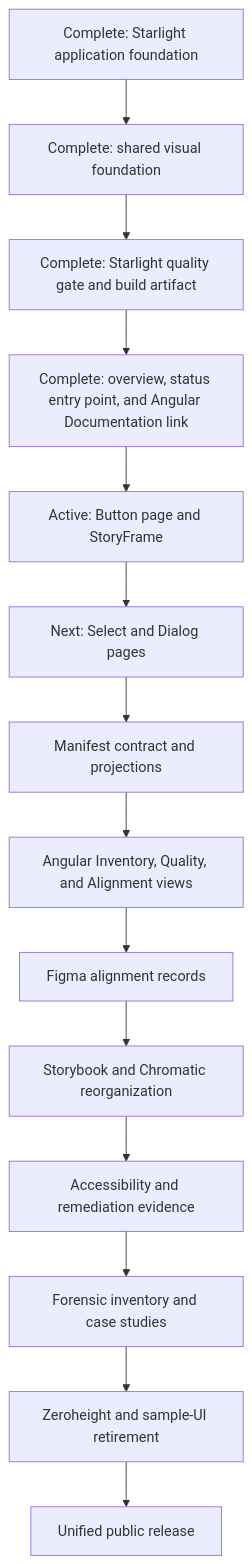
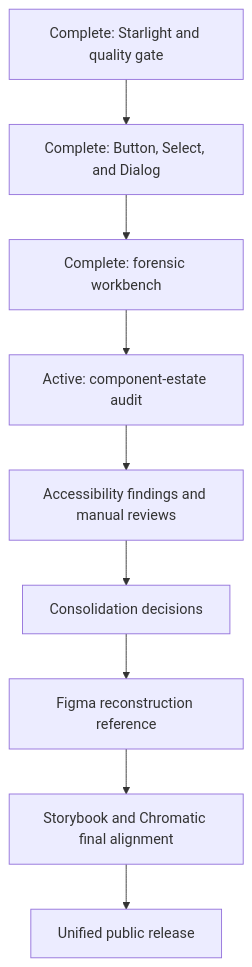
The second of 2 diagrams in docs/documentation-upgrade/README.md (JeffreySanford/public-sector-federation), drawn with Mermaid before and after one commit. The commit also changed other lines of this file and 12 other files, not shown here.

First line of the commit message:
Realign design-system documentation around audit and consolidation (#22)

````diff
--- a/docs/documentation-upgrade/README.md
+++ b/docs/documentation-upgrade/README.md
@@ -86,16 +89,11 @@
 ```mermaid
 flowchart TD
-  A[Complete: Starlight application foundation] --> B[Complete: shared visual foundation]
-  B --> C[Complete: Starlight quality gate and build artifact]
-  C --> D[Complete: overview, status entry point, and Angular Documentation link]
-  D --> E[Active: Button page and StoryFrame]
-  E --> F[Next: Select and Dialog pages]
-  F --> G[Manifest contract and projections]
-  G --> H[Angular Inventory, Quality, and Alignment views]
-  H --> I[Figma alignment records]
-  I --> J[Storybook and Chromatic reorganization]
-  J --> K[Accessibility and remediation evidence]
-  K --> L[Forensic inventory and case studies]
-  L --> M[Zeroheight and sample-UI retirement]
-  M --> N[Unified public release]
+  A[Complete: Starlight and quality gate] --> B[Complete: Button, Select, and Dialog]
+  B --> C[Complete: forensic workbench]
+  C --> D[Active: component-estate audit]
+  D --> E[Accessibility findings and manual reviews]
+  E --> F[Consolidation decisions]
+  F --> G[Figma reconstruction reference]
+  G --> H[Storybook and Chromatic final alignment]
+  H --> I[Unified public release]
 ```
````
